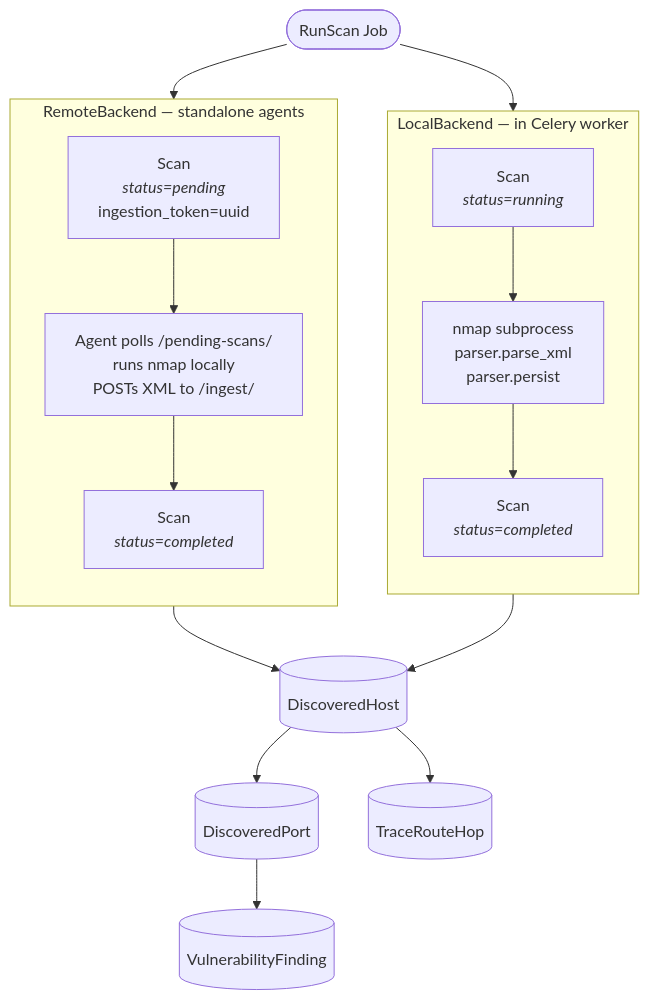
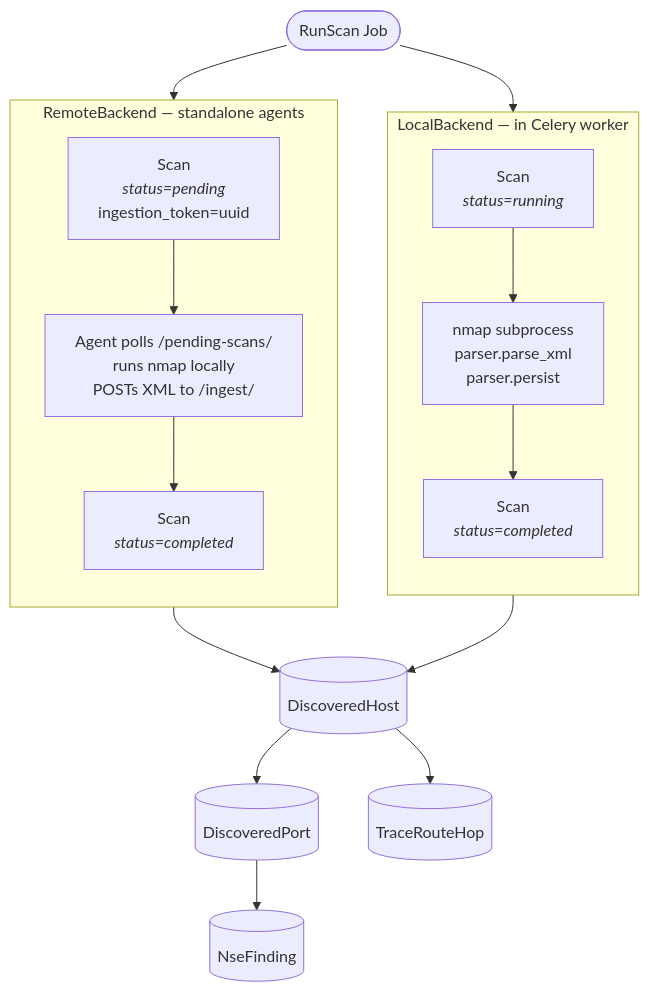
The diagram in README.md (rsp2k/nautobot-app-scanner), drawn with Mermaid before and after one commit. The commit also changed other lines of this file and 26 other files, not shown here.

First line of the commit message:
Richer nmap fields + generalize Finding model to support host-scope NSE output

````diff
--- a/README.md
+++ b/README.md
@@ -25,34 +25,34 @@
 ```mermaid
 flowchart TD
     job([RunScan Job])
 
     subgraph local["LocalBackend &mdash; in Celery worker"]
         direction TB
         localScan["Scan<br/><i>status=running</i>"]
         nmap1["nmap subprocess<br/>parser.parse_xml<br/>parser.persist"]
         localDone["Scan<br/><i>status=completed</i>"]
         localScan --> nmap1 --> localDone
     end
 
     subgraph remote["RemoteBackend &mdash; standalone agents"]
         direction TB
         remoteScan["Scan<br/><i>status=pending</i><br/>ingestion_token=uuid"]
         agent["Agent polls /pending-scans/<br/>runs nmap locally<br/>POSTs XML to /ingest/"]
         remoteDone["Scan<br/><i>status=completed</i>"]
         remoteScan --> agent --> remoteDone
     end
 
     job --> localScan
     job --> remoteScan
 
     host[(DiscoveredHost)]
     port[(DiscoveredPort)]
-    vuln[(VulnerabilityFinding)]
+    vuln[(NseFinding)]
     trace[(TraceRouteHop)]
 
     localDone --> host
     remoteDone --> host
     host --> port
     host --> trace
     port --> vuln
 ```
````
